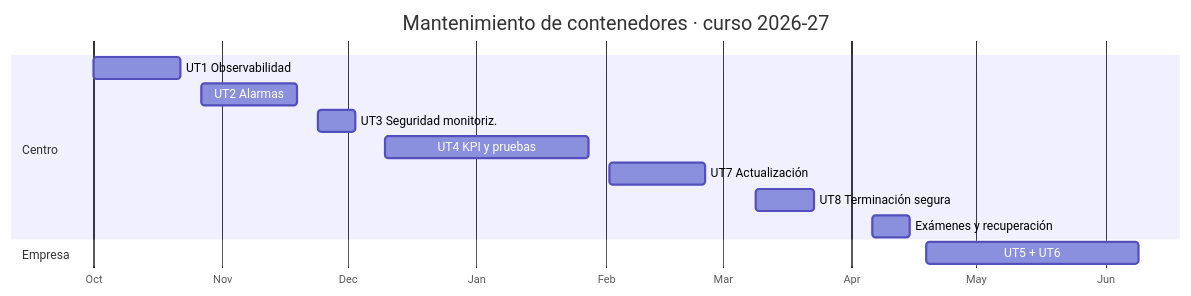
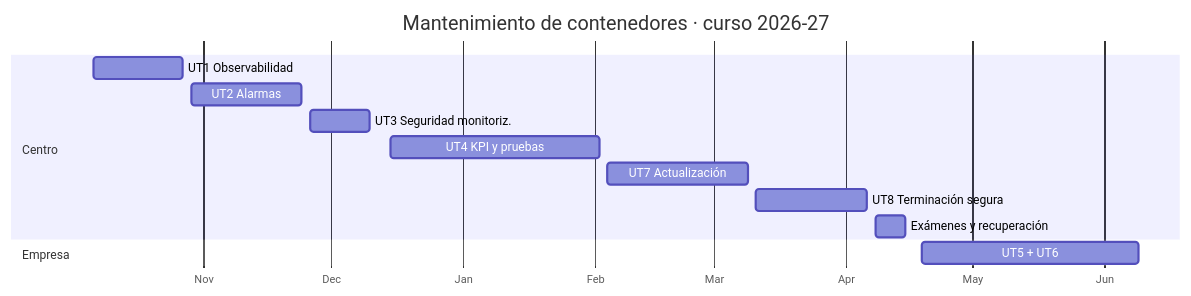
Before and after one commit to victor-educ/apuntes-5169: the diagram in docs/calendario.md, drawn with Mermaid. The commit also changed other lines of this file and 3 other files, not shown here.

````diff
--- a/docs/calendario.md
+++ b/docs/calendario.md
@@ -76,16 +76,16 @@
 ```mermaid
 gantt
     title Mantenimiento de contenedores · curso 2026-27
     dateFormat  YYYY-MM-DD
     axisFormat  %b
     section Centro
-    UT1 Observabilidad        :2026-10-01, 2026-10-22
-    UT2 Alarmas               :2026-10-27, 2026-11-19
-    UT3 Seguridad monitoriz.  :2026-11-24, 2026-12-03
-    UT4 KPI y pruebas         :2026-12-10, 2027-01-28
-    UT7 Actualización         :2027-02-02, 2027-02-25
-    UT8 Terminación segura    :2027-03-09, 2027-03-23
-    Exámenes y recuperación   :2027-04-06, 2027-04-15
+    UT1 Observabilidad        :2026-10-06, 2026-10-27
+    UT2 Alarmas               :2026-10-29, 2026-11-24
+    UT3 Seguridad monitoriz.  :2026-11-26, 2026-12-10
+    UT4 KPI y pruebas         :2026-12-15, 2027-02-02
+    UT7 Actualización         :2027-02-04, 2027-03-09
+    UT8 Terminación segura    :2027-03-11, 2027-04-06
+    Exámenes y recuperación   :2027-04-08, 2027-04-15
     section Empresa
     UT5 + UT6                 :2027-04-19, 2027-06-09
 ```
````
